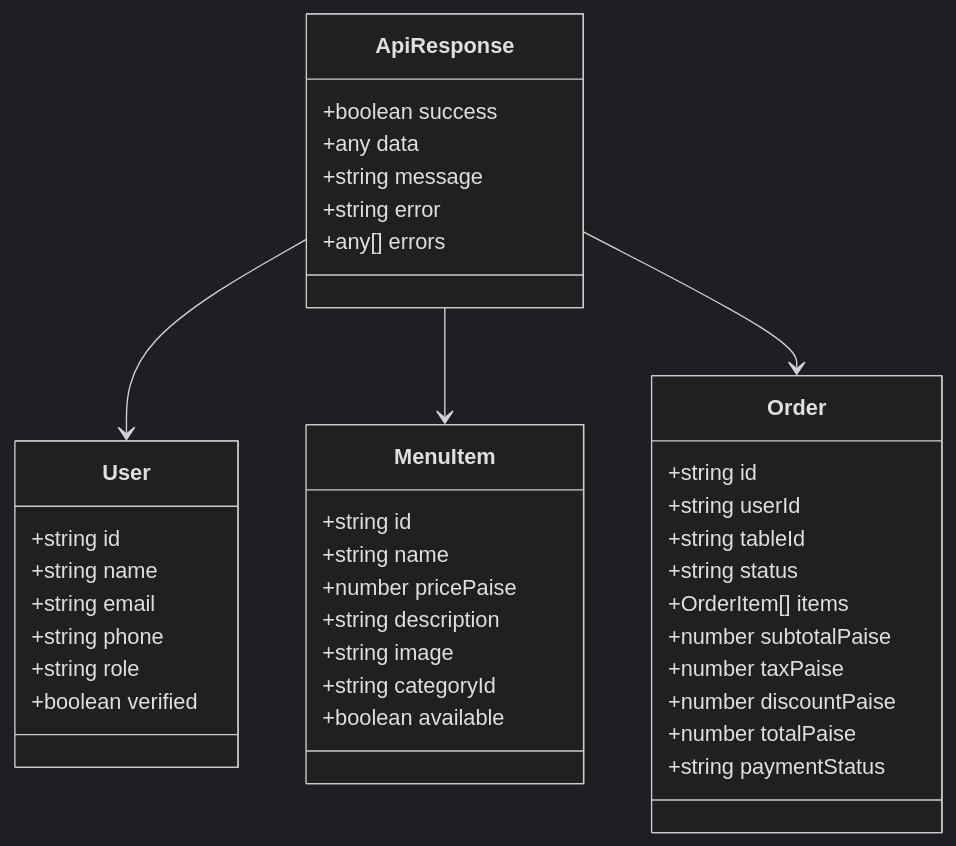
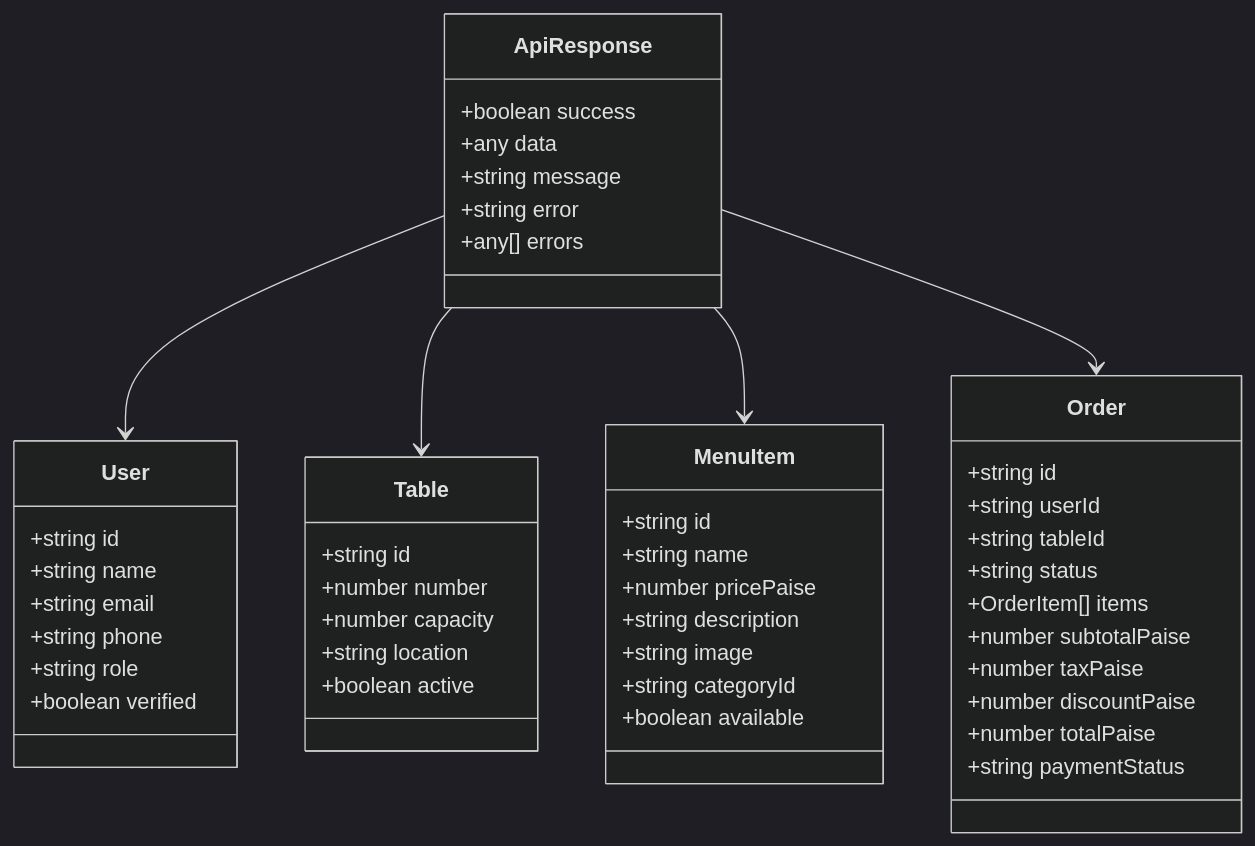
One commit to Dequeue-Tech/DeQ-Bite changed the eighth of 10 diagrams in .qoder/repowiki/en/content/Frontend System/API Integration.md. Above: the diagram before and after it, drawn with Mermaid (dark theme). The commit also changed other lines of this file and 25 other files, not shown here.

````diff
--- a/.qoder/repowiki/en/content/Frontend System/API Integration.md
+++ b/.qoder/repowiki/en/content/Frontend System/API Integration.md
@@ -352,42 +379,50 @@
 ```mermaid
 classDiagram
 class ApiResponse {
 +boolean success
 +any data
 +string message
 +string error
 +any[] errors
 }
 class User {
 +string id
 +string name
 +string email
 +string phone
 +string role
 +boolean verified
+}
+class Table {
++string id
++number number
++number capacity
++string location
++boolean active
 }
 class MenuItem {
 +string id
 +string name
 +number pricePaise
 +string description
 +string image
 +string categoryId
 +boolean available
 }
 class Order {
 +string id
 +string userId
 +string tableId
 +string status
 +OrderItem[] items
 +number subtotalPaise
 +number taxPaise
 +number discountPaise
 +number totalPaise
 +string paymentStatus
 }
 ApiResponse --> User
+ApiResponse --> Table
 ApiResponse --> MenuItem
 ApiResponse --> Order
 ```
````
